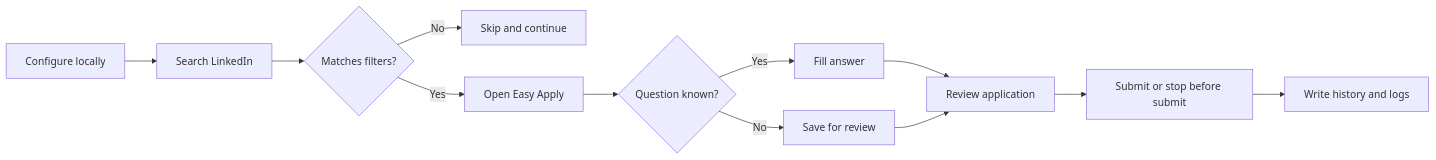
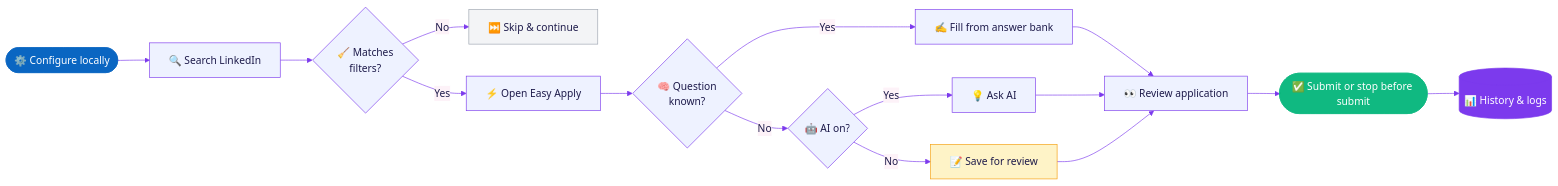
Before and after one commit to Rizwansaifi571/Linkedin-AutoApply-Bot: the first of 2 diagrams in README.md, drawn with Mermaid. The commit also changed other lines of this file and 4 other files, not shown here.

````diff
--- a/README.md
+++ b/README.md
@@ -85,14 +174,24 @@
 ```mermaid
+%%{init: {'theme':'base','themeVariables':{'primaryColor':'#EEF2FF','primaryTextColor':'#1E1B4B','primaryBorderColor':'#7C3AED','lineColor':'#7C3AED','secondaryColor':'#FDF2F8','tertiaryColor':'#ECFDF5','fontFamily':'Inter, Segoe UI, sans-serif'}}}%%
 flowchart LR
-	A[Configure locally] --> B[Search LinkedIn]
-	B --> C{Matches filters?}
-	C -- No --> D[Skip and continue]
-	C -- Yes --> E[Open Easy Apply]
-	E --> F{Question known?}
-	F -- Yes --> G[Fill answer]
-	F -- No --> H[Save for review]
-	G --> I[Review application]
-	H --> I
-	I --> J[Submit or stop before submit]
-	J --> K[Write history and logs]
+    A([⚙️ Configure locally]) --> B[🔍 Search LinkedIn]
+    B --> C{🧹 Matches<br/>filters?}
+    C -- No --> D[⏭️ Skip & continue]
+    C -- Yes --> E[⚡ Open Easy Apply]
+    E --> F{🧠 Question<br/>known?}
+    F -- Yes --> G[✍️ Fill from answer bank]
+    F -- No --> H{🤖 AI on?}
+    H -- Yes --> I[💡 Ask AI]
+    H -- No --> J[📝 Save for review]
+    G --> K[👀 Review application]
+    I --> K
+    J --> K
+    K --> L([✅ Submit or stop before submit])
+    L --> M[(📊 History & logs)]
+
+    style A fill:#0A66C2,color:#fff,stroke:#0A66C2
+    style L fill:#10B981,color:#fff,stroke:#10B981
+    style M fill:#7C3AED,color:#fff,stroke:#7C3AED
+    style D fill:#F3F4F6,stroke:#9CA3AF
+    style J fill:#FEF3C7,stroke:#F59E0B
 ```
````
